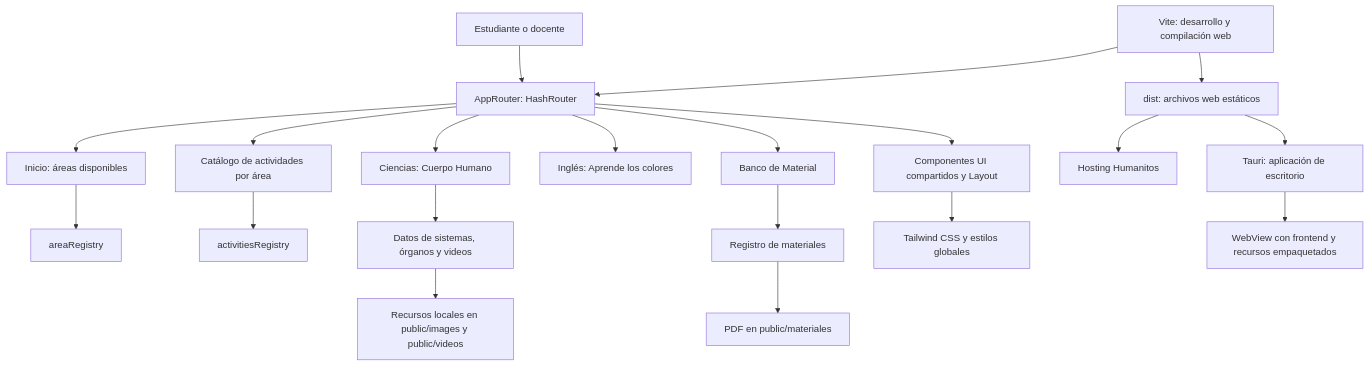
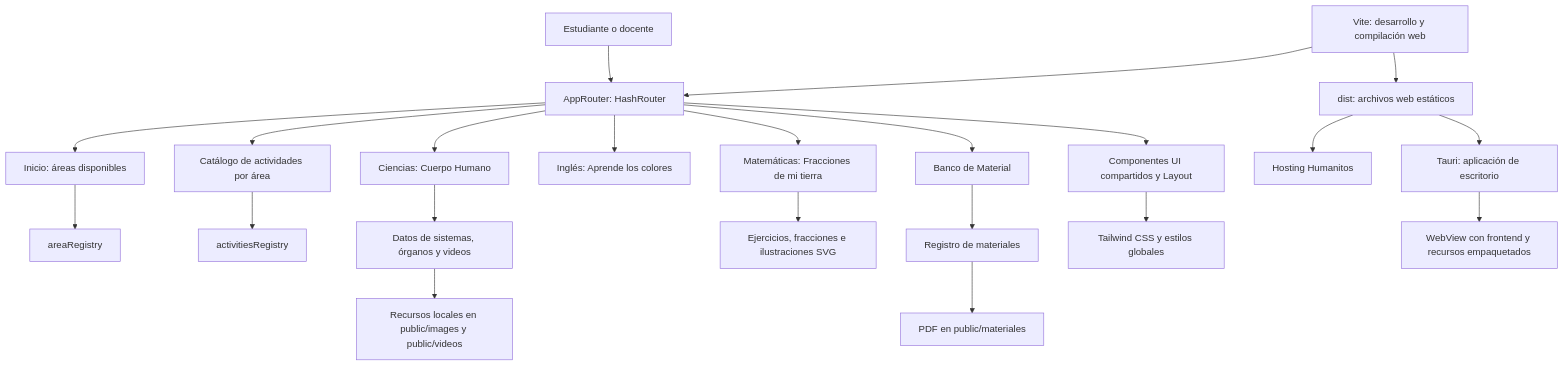
The diagram in README.md (luzasalazar/AulaHumanitos), drawn with Mermaid before and after one commit. The commit also changed other lines of this file, not shown here.

````diff
--- a/README.md
+++ b/README.md
@@ -42,22 +42,24 @@
 ```mermaid
 flowchart TD
     U[Estudiante o docente] --> R[AppRouter: HashRouter]
     R --> H[Inicio: áreas disponibles]
     R --> A[Catálogo de actividades por área]
     R --> C[Ciencias: Cuerpo Humano]
     R --> I[Inglés: Aprende los colores]
+    R --> M[Matemáticas: Fracciones de mi tierra]
     R --> B[Banco de Material]
     H --> AR[areaRegistry]
     A --> AC[activitiesRegistry]
     C --> CD[Datos de sistemas, órganos y videos]
+    M --> FD[Ejercicios, fracciones e ilustraciones SVG]
     B --> MD[Registro de materiales]
     CD --> P[Recursos locales en public/images y public/videos]
     MD --> PDF[PDF en public/materiales]
     R --> F[Componentes UI compartidos y Layout]
     F --> T[Tailwind CSS y estilos globales]
     V[Vite: desarrollo y compilación web] --> R
     V --> D[dist: archivos web estáticos]
     D --> W[Hosting Humanitos]
     D --> TA[Tauri: aplicación de escritorio]
     TA --> WEB[WebView con frontend y recursos empaquetados]
 ```
````
